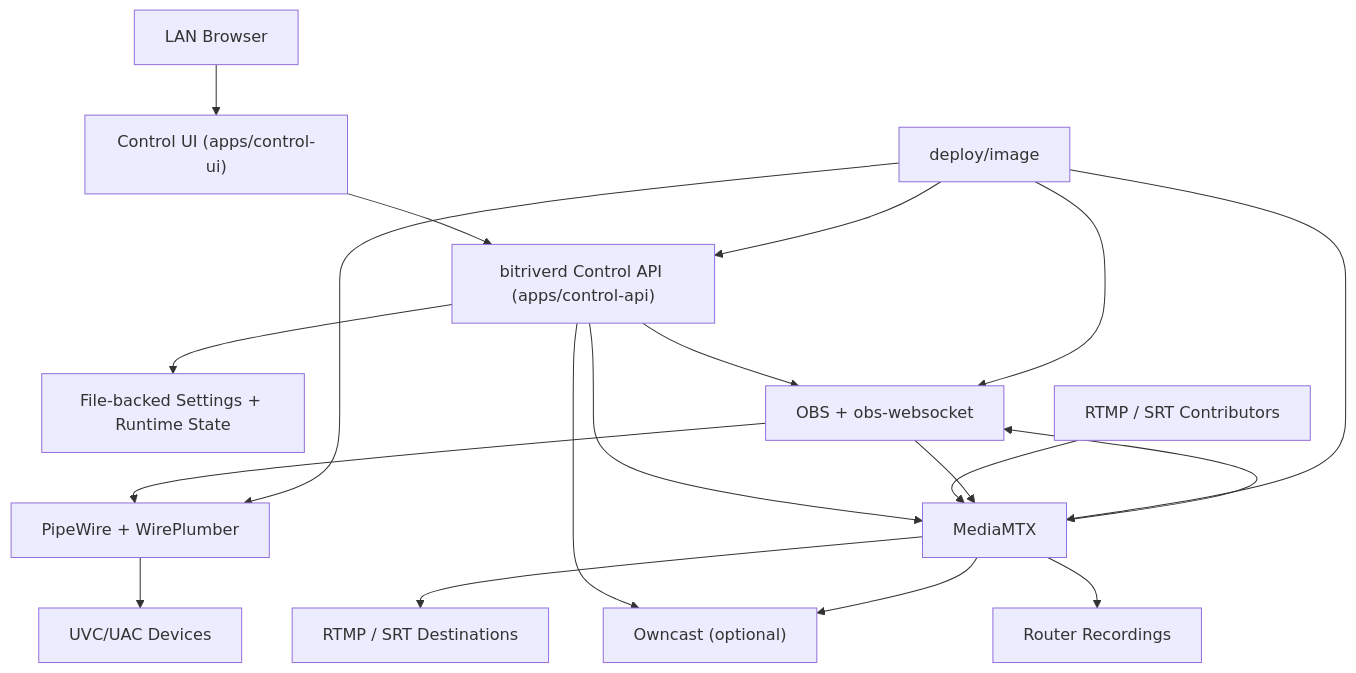
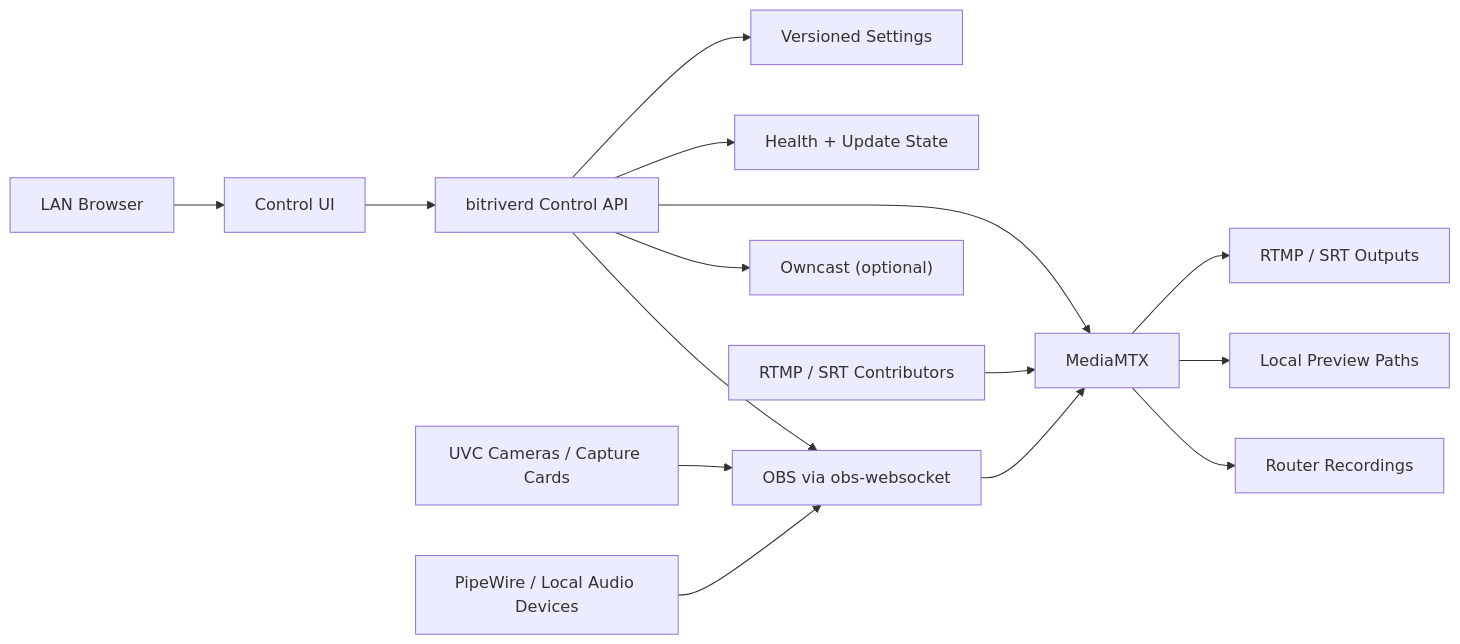
The diagram in README.md (ProhibitedTV/BitRiver-Studio-OS), drawn with Mermaid before and after one commit. The commit also changed other lines of this file and 7 other files, not shown here.

````diff
--- a/README.md
+++ b/README.md
@@ -19,24 +27,20 @@
 ```mermaid
-flowchart TB
-    Browser["LAN Browser"] --> UI["Control UI (apps/control-ui)"]
-    UI --> API["bitriverd Control API (apps/control-api)"]
-    API --> Store["File-backed Settings + Runtime State"]
-    API --> OBS["OBS + obs-websocket"]
+flowchart LR
+    Browser["LAN Browser"] --> UI["Control UI"]
+    UI --> API["bitriverd Control API"]
+
+    API --> Settings["Versioned Settings"]
+    API --> Health["Health + Update State"]
+    API --> OBS["OBS via obs-websocket"]
     API --> MTX["MediaMTX"]
-    API --> OC["Owncast (optional)"]
+    API --> Owncast["Owncast (optional)"]
 
-    OBS --> PW["PipeWire + WirePlumber"]
-    PW --> Devs["UVC/UAC Devices"]
+    Cameras["UVC Cameras / Capture Cards"] --> OBS
+    Audio["PipeWire / Local Audio Devices"] --> OBS
+    Guests["RTMP / SRT Contributors"] --> MTX
 
-    Publishers["RTMP / SRT Contributors"] --> MTX
-    MTX --> OBS
     OBS --> MTX
-    MTX --> Dest["RTMP / SRT Destinations"]
-    MTX --> OC
-    MTX --> Recs["Router Recordings"]
-
-    Image["deploy/image"] --> API
-    Image --> OBS
-    Image --> MTX
-    Image --> PW
+    MTX --> Outputs["RTMP / SRT Outputs"]
+    MTX --> Preview["Local Preview Paths"]
+    MTX --> Records["Router Recordings"]
 ```
````
